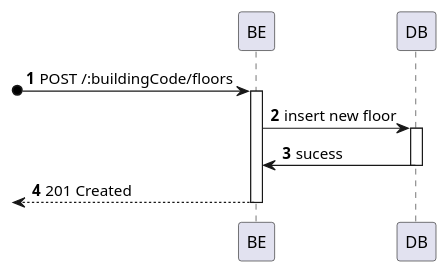
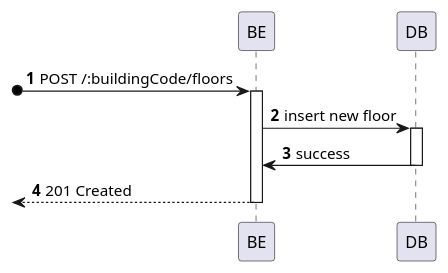
One commit to miseEnPlace-dev/lapr5 changed the diagram in _wiki/sprint-a/us05-190/views/level-3/process-view.puml. Above: the diagram before and after it, drawn with PlantUML.

```diff
--- a/_wiki/sprint-a/us05-190/views/level-3/process-view.puml
+++ b/_wiki/sprint-a/us05-190/views/level-3/process-view.puml
@@ -1,18 +1,18 @@
 @startuml process-view
 autonumber
 participant BE as "BE"
 participant DB as "DB"
 
 ?o-> BE : POST /:buildingCode/floors
 activate BE
 
 BE -> DB : insert new floor
 activate DB
 
-DB -> BE : sucess
+DB -> BE : success
 deactivate DB
 
 <-- BE : 201 Created
 deactivate BE
 
 @enduml
```
